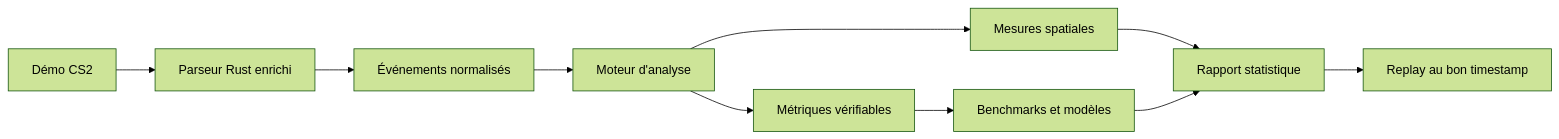
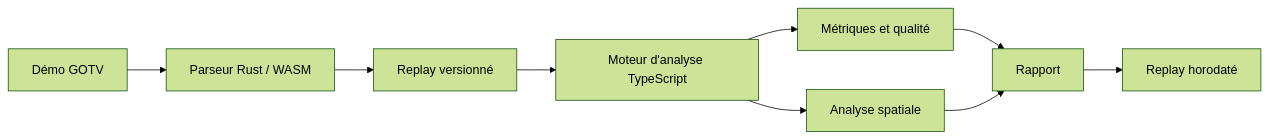
The diagram in README.md (Lakav/RoundLab), drawn with Mermaid (forest theme) before and after one commit. The commit also changed other lines of this file, not shown here.

````diff
--- a/README.md
+++ b/README.md
@@ -210,12 +85,11 @@
 ```mermaid
 flowchart LR
-    A["Démo CS2"] --> B["Parseur Rust enrichi"]
-    B --> C["Événements normalisés"]
-    C --> D["Moteur d'analyse"]
-    D --> E["Métriques vérifiables"]
-    D --> F["Mesures spatiales"]
-    E --> G["Benchmarks et modèles"]
-    F --> H["Rapport statistique"]
-    G --> H
-    H --> I["Replay au bon timestamp"]
+    A["Démo GOTV"] --> B["Parseur Rust / WASM"]
+    B --> C["Replay versionné"]
+    C --> D["Moteur d'analyse TypeScript"]
+    D --> E["Métriques et qualité"]
+    D --> F["Analyse spatiale"]
+    E --> G["Rapport"]
+    F --> G
+    G --> H["Replay horodaté"]
 ```
````
